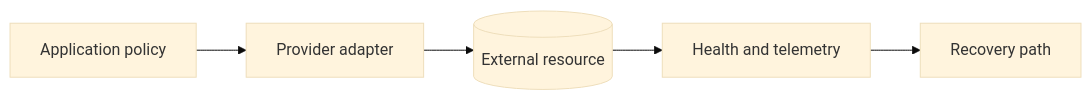
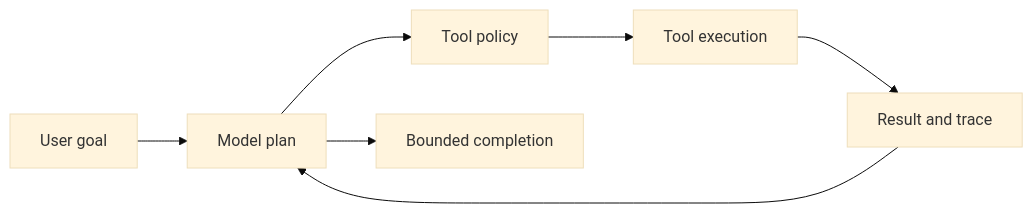
Before and after one commit to jeffersoncampos12p-dev/jeston: the diagram in path/to/docs/platform/ai-agents.mdx, drawn with Mermaid (base theme). The commit also changed other lines of this file and 31 other files, not shown here.

````diff
--- a/path/to/docs/platform/ai-agents.mdx
+++ b/path/to/docs/platform/ai-agents.mdx
@@ -102,7 +51,9 @@
 ```mermaid placement="top-right"
 flowchart LR
-    app[Application policy] --> adapter[Provider adapter]
-    adapter --> resource[(External resource)]
-    resource --> telemetry[Health and telemetry]
-    telemetry --> recovery[Recovery path]
+    goal[User goal] --> plan[Model plan]
+    plan --> policy[Tool policy]
+    policy --> tool[Tool execution]
+    tool --> evidence[Result and trace]
+    evidence --> plan
+    plan --> done[Bounded completion]
 ```
````
